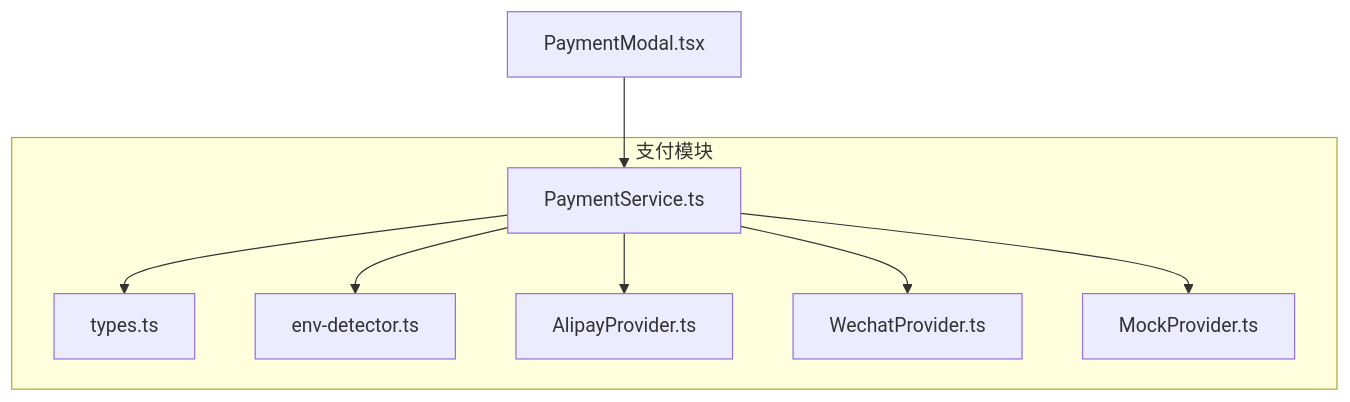
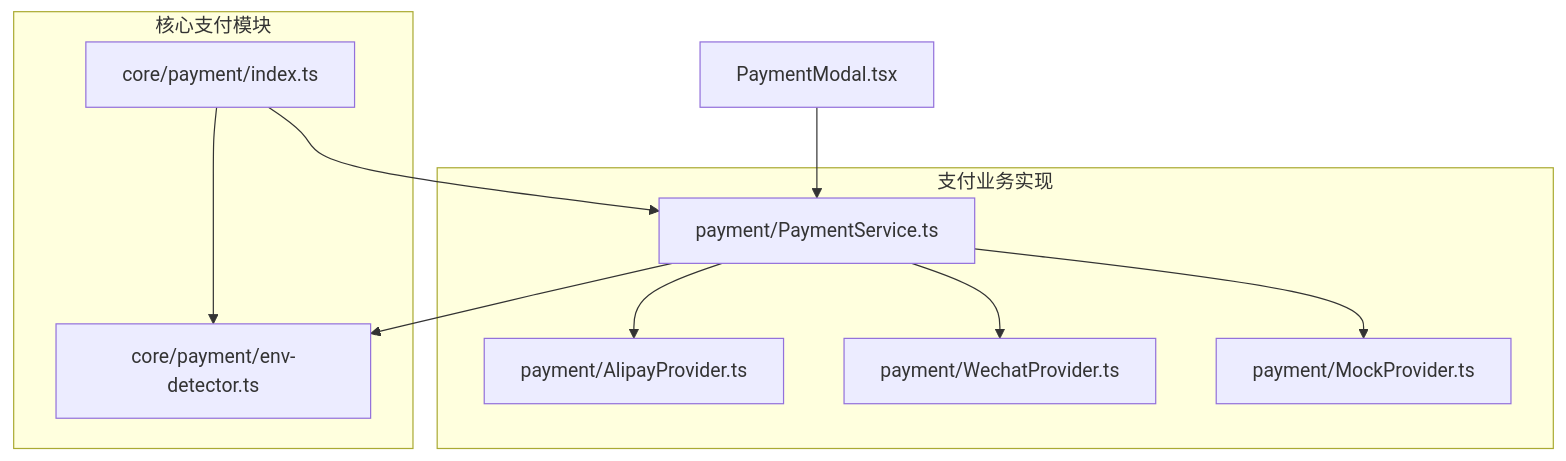
One commit to Hu-Right/supply-os changed the first of 4 diagrams in .qoder/repowiki/zh/content/架构设计/支付服务架构.md. Above: the diagram before and after it, drawn with Mermaid. The commit also changed other lines of this file and 39 other files, not shown here.

````diff
--- a/.qoder/repowiki/zh/content/架构设计/支付服务架构.md
+++ b/.qoder/repowiki/zh/content/架构设计/支付服务架构.md
@@ -39,17 +46,20 @@
 ```mermaid
 graph TB
-subgraph "支付模块"
-T["types.ts"]
-E["env-detector.ts"]
-S["PaymentService.ts"]
-A["AlipayProvider.ts"]
-W["WechatProvider.ts"]
-M["MockProvider.ts"]
+subgraph "核心支付模块"
+E["core/payment/env-detector.ts"]
+I["core/payment/index.ts"]
+end
+subgraph "支付业务实现"
+S["payment/PaymentService.ts"]
+A["payment/AlipayProvider.ts"]
+W["payment/WechatProvider.ts"]
+M["payment/MockProvider.ts"]
 end
 UI["PaymentModal.tsx"] --> S
 S --> A
 S --> W
 S --> M
-S --> T
 S --> E
+I --> E
+I --> S
 ```
````
